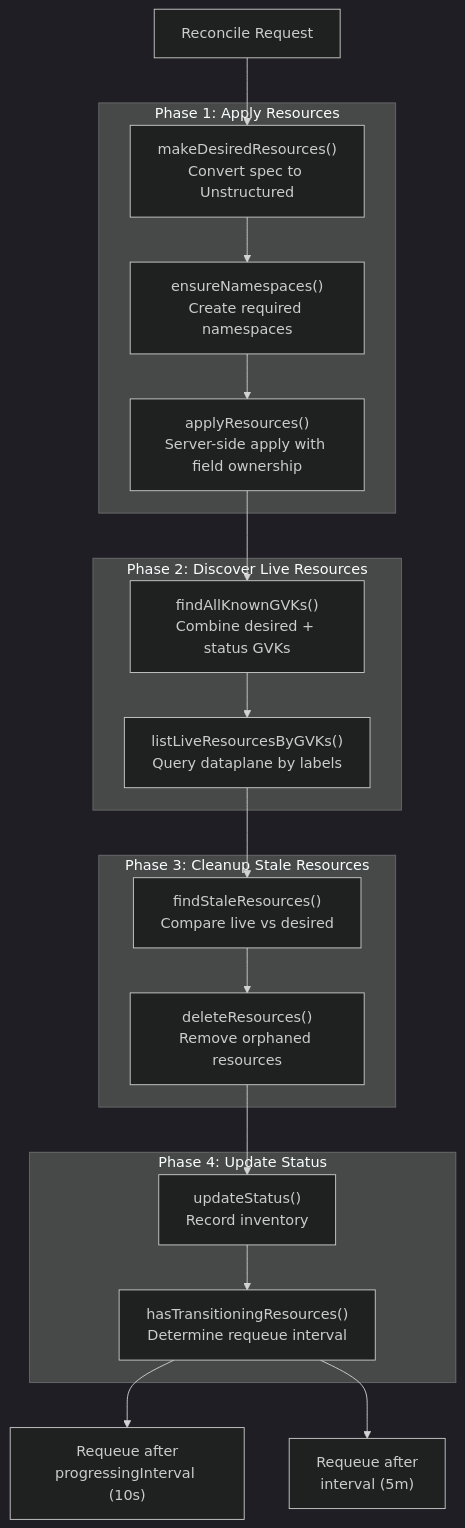
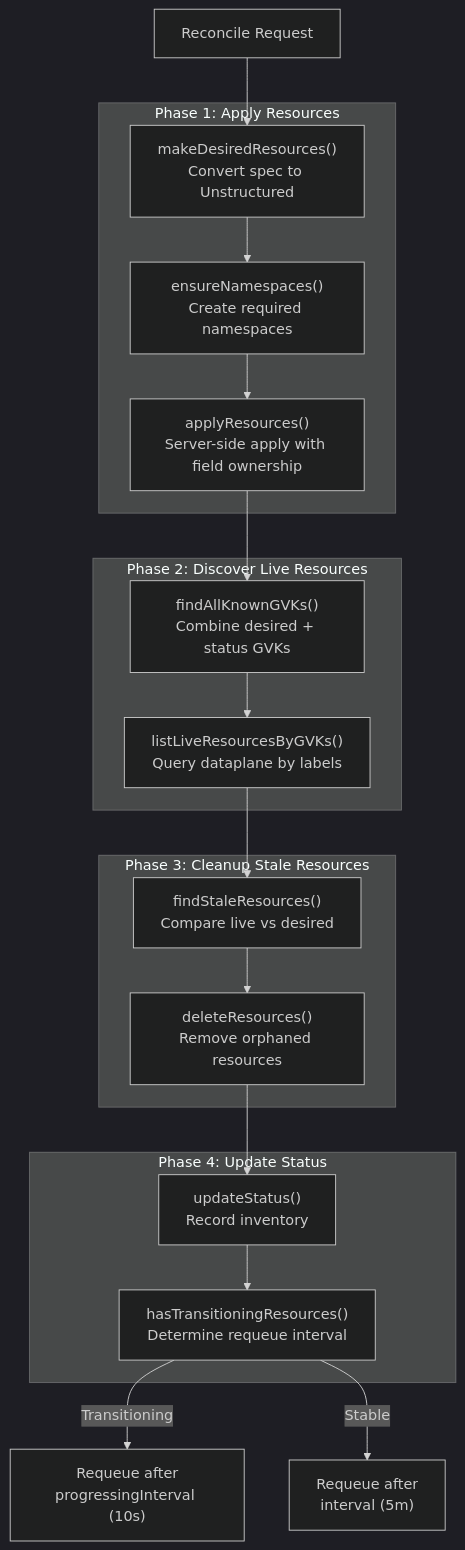
The first of 10 diagrams in docs/deepwiki/Release-Controller.md (openchoreo/openchoreo), drawn with Mermaid (dark theme) before and after one commit. The commit also changed other lines of this file and 85 other files, not shown here.

Commit message:
feat: Add new workflow and specification templates, update Helm chart dependencies, and clarify documentation diagrams.

````diff
--- a/docs/deepwiki/Release-Controller.md
+++ b/docs/deepwiki/Release-Controller.md
@@ -38,49 +38,49 @@
 ```mermaid
 flowchart TD
 
 Start["Reconcile Request"]
 MakeDesired["makeDesiredResources()<br>Convert spec to Unstructured"]
 EnsureNS["ensureNamespaces()<br>Create required namespaces"]
 Apply["applyResources()<br>Server-side apply with field ownership"]
 FindGVKs["findAllKnownGVKs()<br>Combine desired + status GVKs"]
 ListLive["listLiveResourcesByGVKs()<br>Query dataplane by labels"]
 FindStale["findStaleResources()<br>Compare live vs desired"]
 Delete["deleteResources()<br>Remove orphaned resources"]
 UpdateStatus["updateStatus()<br>Record inventory"]
 CheckTransition["hasTransitioningResources()<br>Determine requeue interval"]
 RequeueShort["Requeue after<br>progressingInterval (10s)"]
 RequeueLong["Requeue after<br>interval (5m)"]
 
 Start --> MakeDesired
 Apply --> FindGVKs
 ListLive --> FindStale
 Delete --> UpdateStatus
-CheckTransition --> RequeueShort
-CheckTransition --> RequeueLong
+CheckTransition -->|"Transitioning"| RequeueShort
+CheckTransition -->|"Stable"| RequeueLong
 
 subgraph subGraph3 ["Phase 4: Update Status"]
     UpdateStatus
     CheckTransition
     UpdateStatus --> CheckTransition
 end
 
 subgraph subGraph2 ["Phase 3: Cleanup Stale Resources"]
     FindStale
     Delete
     FindStale --> Delete
 end
 
 subgraph subGraph1 ["Phase 2: Discover Live Resources"]
     FindGVKs
     ListLive
     FindGVKs --> ListLive
 end
 
 subgraph subGraph0 ["Phase 1: Apply Resources"]
     MakeDesired
     EnsureNS
     Apply
     MakeDesired --> EnsureNS
     EnsureNS --> Apply
 end
 ```
````
